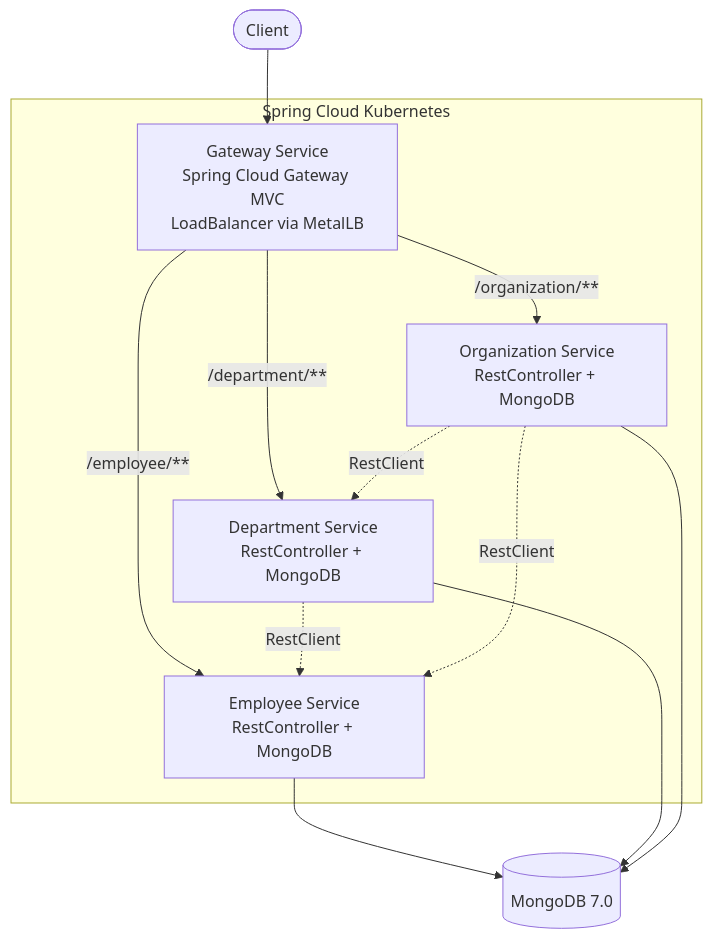
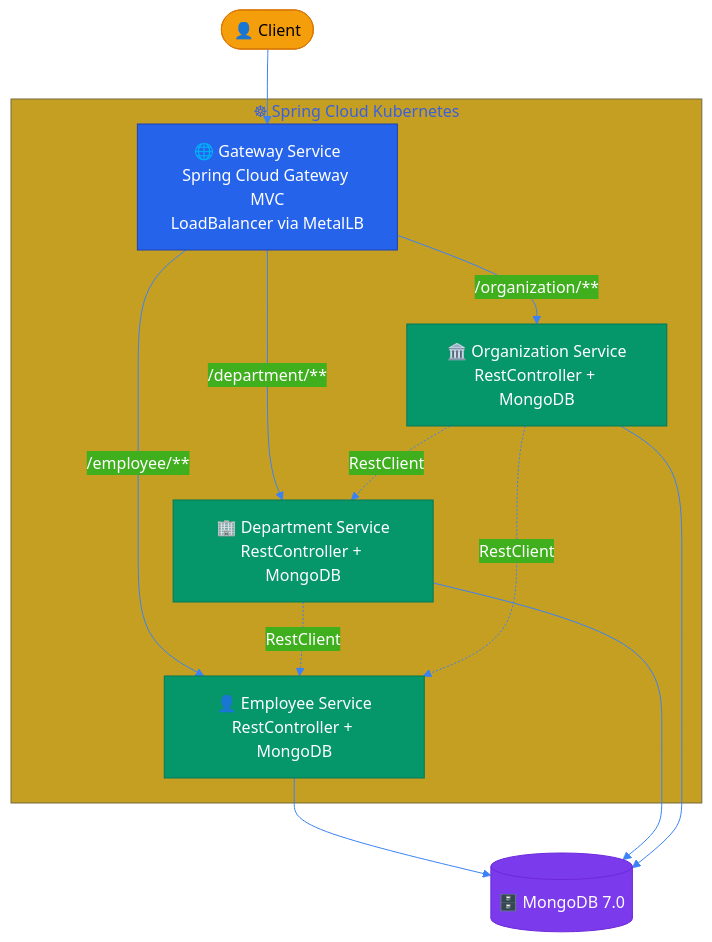
The first of 3 diagrams in docs/reference-architecture.md (AndriyKalashnykov/spring-microservices-k8s), drawn with Mermaid before and after one commit. The commit also changed other lines of this file and 1 other file, not shown here.

First line of the commit message:
docs: enhance Mermaid diagrams with custom colors and icons

````diff
--- a/docs/reference-architecture.md
+++ b/docs/reference-architecture.md
@@ -77,23 +77,37 @@
 ```mermaid
+%%{init: {'theme': 'base', 'themeVariables': {
+  'primaryColor': '#1e40af', 'primaryTextColor': '#fff',
+  'lineColor': '#3b82f6', 'fontFamily': 'arial'
+}}}%%
 graph TB
-    Client([Client]) --> Gateway[Gateway Service<br/>Spring Cloud Gateway MVC<br/>LoadBalancer via MetalLB]
+    Client([👤 Client]):::client --> Gateway[🌐 Gateway Service<br/>Spring Cloud Gateway MVC<br/>LoadBalancer via MetalLB]
 
-    Gateway -->|/employee/**| Employee[Employee Service<br/>RestController + MongoDB]
-    Gateway -->|/department/**| Department[Department Service<br/>RestController + MongoDB]
-    Gateway -->|/organization/**| Organization[Organization Service<br/>RestController + MongoDB]
+    Gateway -->|/employee/**| Employee[👤 Employee Service<br/>RestController + MongoDB]
+    Gateway -->|/department/**| Department[🏢 Department Service<br/>RestController + MongoDB]
+    Gateway -->|/organization/**| Organization[🏛️ Organization Service<br/>RestController + MongoDB]
 
     Department -.->|RestClient| Employee
     Organization -.->|RestClient| Employee
     Organization -.->|RestClient| Department
 
-    Employee --> MongoDB[(MongoDB 7.0)]
+    Employee --> MongoDB[(🗄️ MongoDB 7.0)]
     Department --> MongoDB
     Organization --> MongoDB
 
-    subgraph "Spring Cloud Kubernetes"
+    subgraph k8s ["☸ Spring Cloud Kubernetes"]
         Gateway
         Employee
         Department
         Organization
     end
+
+    classDef client fill:#f59e0b,stroke:#d97706,color:#000
+    classDef gateway fill:#2563eb,stroke:#1e40af,color:#fff
+    classDef service fill:#059669,stroke:#047857,color:#fff
+    classDef db fill:#7c3aed,stroke:#6d28d9,color:#fff
+
+    class Client client
+    class Gateway gateway
+    class Employee,Department,Organization service
+    class MongoDB db
 ```
````
